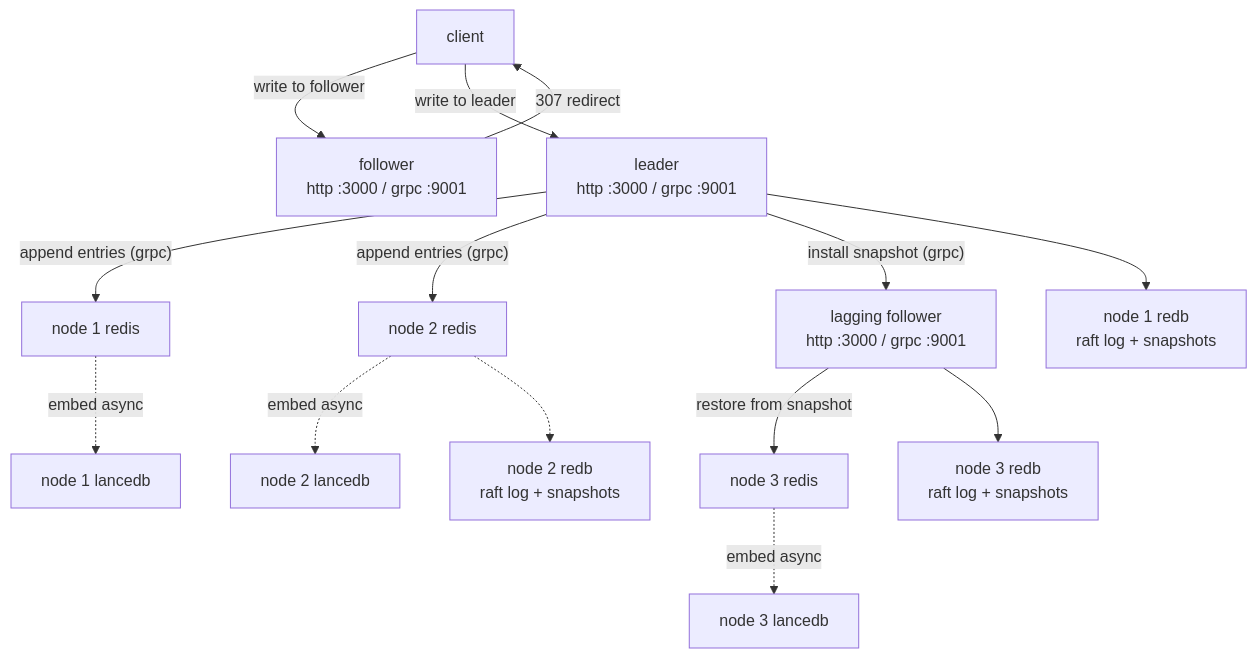
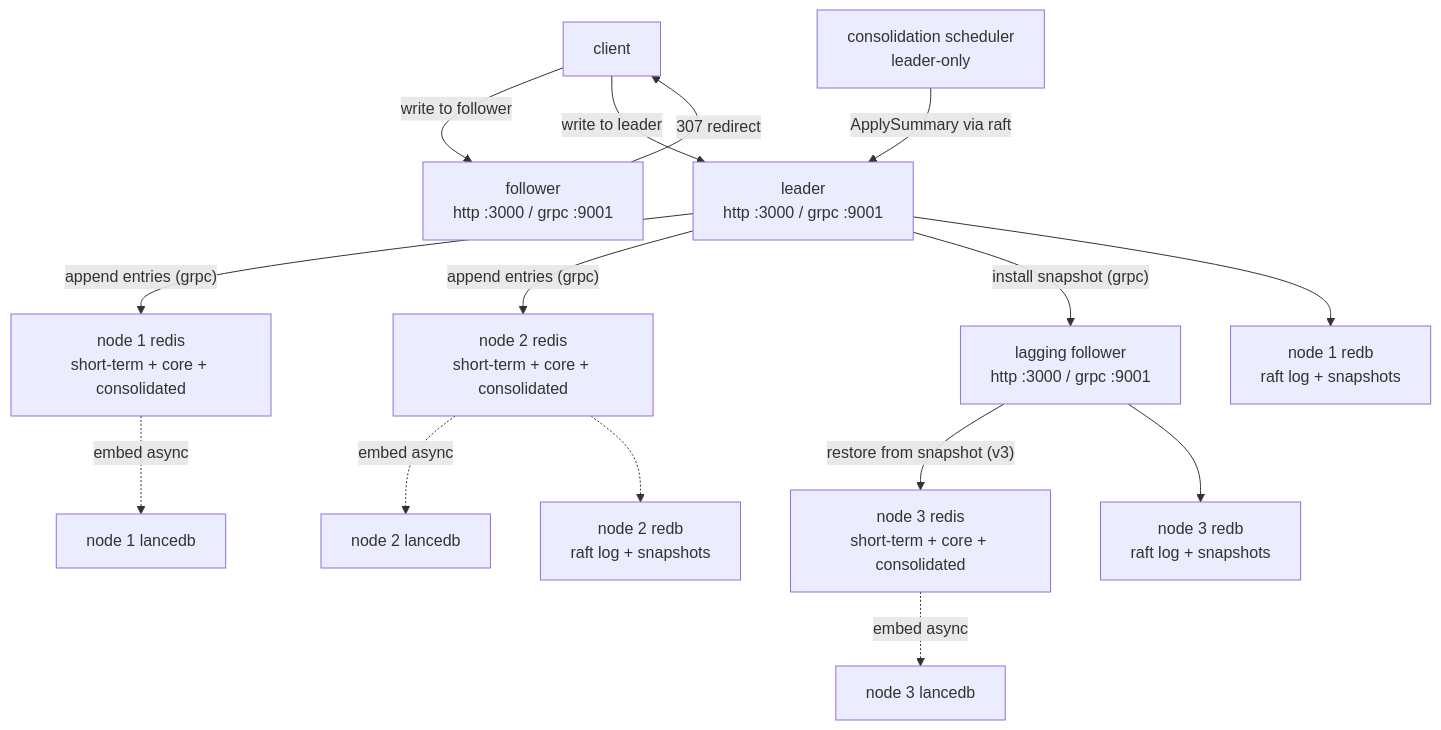
The second of 2 diagrams in docs/ARCHITECTURE.md (bit2swaz/engram), drawn with Mermaid before and after one commit. The commit also changed other lines of this file and 5 other files, not shown here.

````diff
--- a/docs/ARCHITECTURE.md
+++ b/docs/ARCHITECTURE.md
@@ -206,30 +224,32 @@
 ```mermaid
 flowchart TD
     client["client"]
     follower["follower\nhttp :3000 / grpc :9001"]
     lagging["lagging follower\nhttp :3000 / grpc :9001"]
     leader["leader\nhttp :3000 / grpc :9001"]
-    r1["node 1 redis"]
-    r2["node 2 redis"]
-    r3["node 3 redis"]
+    r1["node 1 redis\nshort-term + core + consolidated"]
+    r2["node 2 redis\nshort-term + core + consolidated"]
+    r3["node 3 redis\nshort-term + core + consolidated"]
     l1["node 1 lancedb"]
     l2["node 2 lancedb"]
     l3["node 3 lancedb"]
     db1["node 1 redb\nraft log + snapshots"]
     db2["node 2 redb\nraft log + snapshots"]
     db3["node 3 redb\nraft log + snapshots"]
+    sched["consolidation scheduler\nleader-only"]
 
     client -->|"write to follower"| follower
     follower -->|"307 redirect"| client
     client -->|"write to leader"| leader
     leader -->|"append entries (grpc)"| r1
     leader -->|"append entries (grpc)"| r2
     leader -->|"install snapshot (grpc)"| lagging
-    lagging -->|"restore from snapshot"| r3
+    lagging -->|"restore from snapshot (v3)"| r3
     lagging --> db3
     r1 -.->|"embed async"| l1
     r2 -.->|"embed async"| l2
     r3 -.->|"embed async"| l3
     leader --> db1
     r2 -.-> db2
+    sched -->|"ApplySummary via raft"| leader
 ```
````
